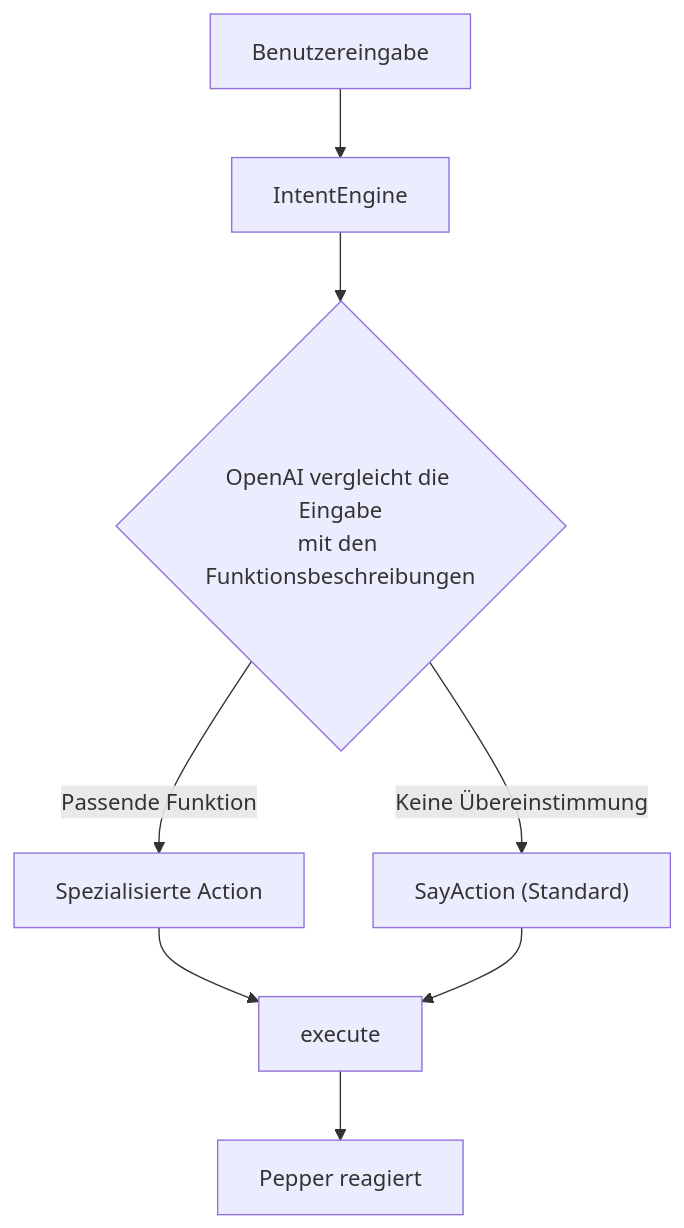
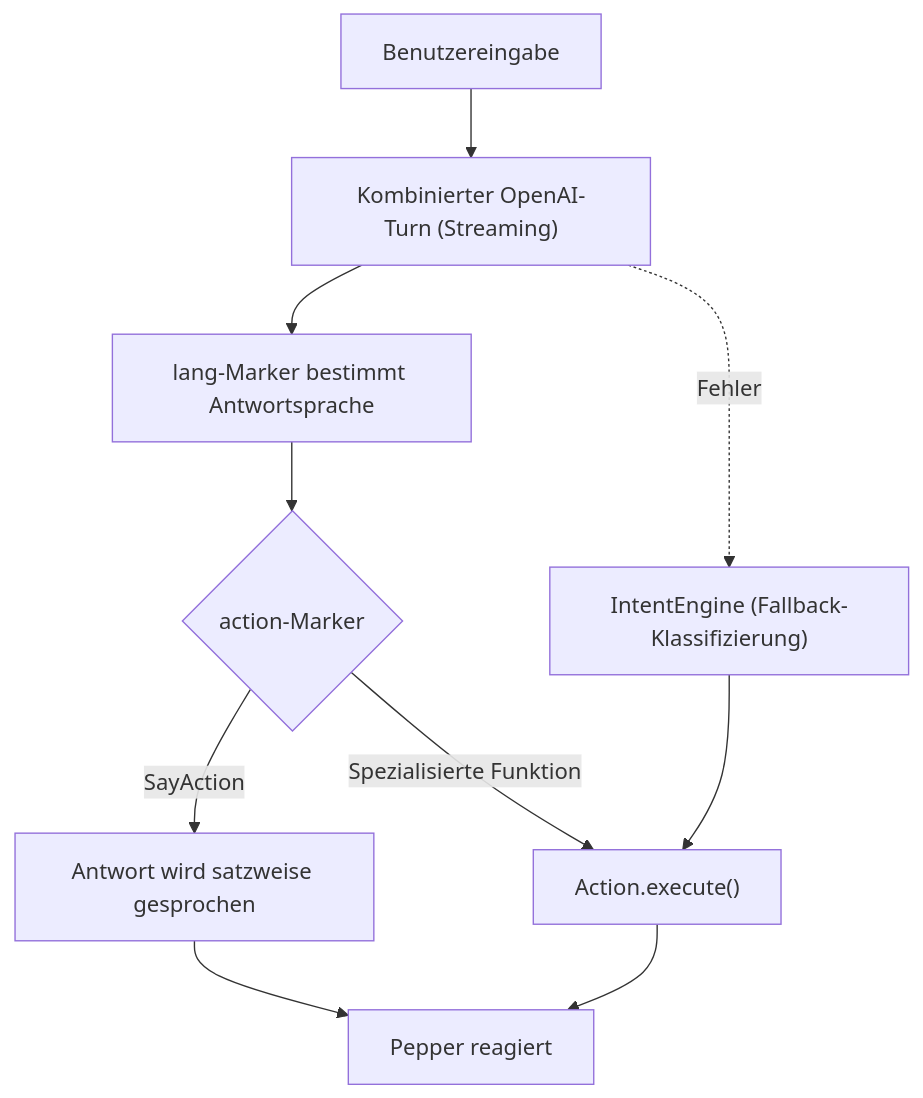
The first of 3 diagrams in README.md (nijasc/Pepper), drawn with Mermaid before and after one commit. The commit also changed other lines of this file, not shown here.

Commit message:
README: document combined-turn routing, model selection, dance and gesture generation, navigation and admin changes

````diff
--- a/README.md
+++ b/README.md
@@ -92,10 +104,12 @@
 ```mermaid
 flowchart TD
-    A[Benutzereingabe] --> B[IntentEngine]
-    B --> C{"OpenAI vergleicht die Eingabe<br/>mit den Funktionsbeschreibungen"}
-    C -->|Passende Funktion| D[Spezialisierte Action]
-    C -->|Keine Übereinstimmung| E["SayAction (Standard)"]
-    D --> F[execute]
-    E --> F
-    F --> G[Pepper reagiert]
+    A[Benutzereingabe] --> B["Kombinierter OpenAI-Turn (Streaming)"]
+    B --> C["lang-Marker bestimmt Antwortsprache"]
+    C --> D{"action-Marker"}
+    D -->|SayAction| E["Antwort wird satzweise gesprochen"]
+    D -->|Spezialisierte Funktion| F["Action.execute()"]
+    E --> G[Pepper reagiert]
+    F --> G
+    B -. Fehler .-> H["IntentEngine (Fallback-Klassifizierung)"]
+    H --> F
 ```
````
